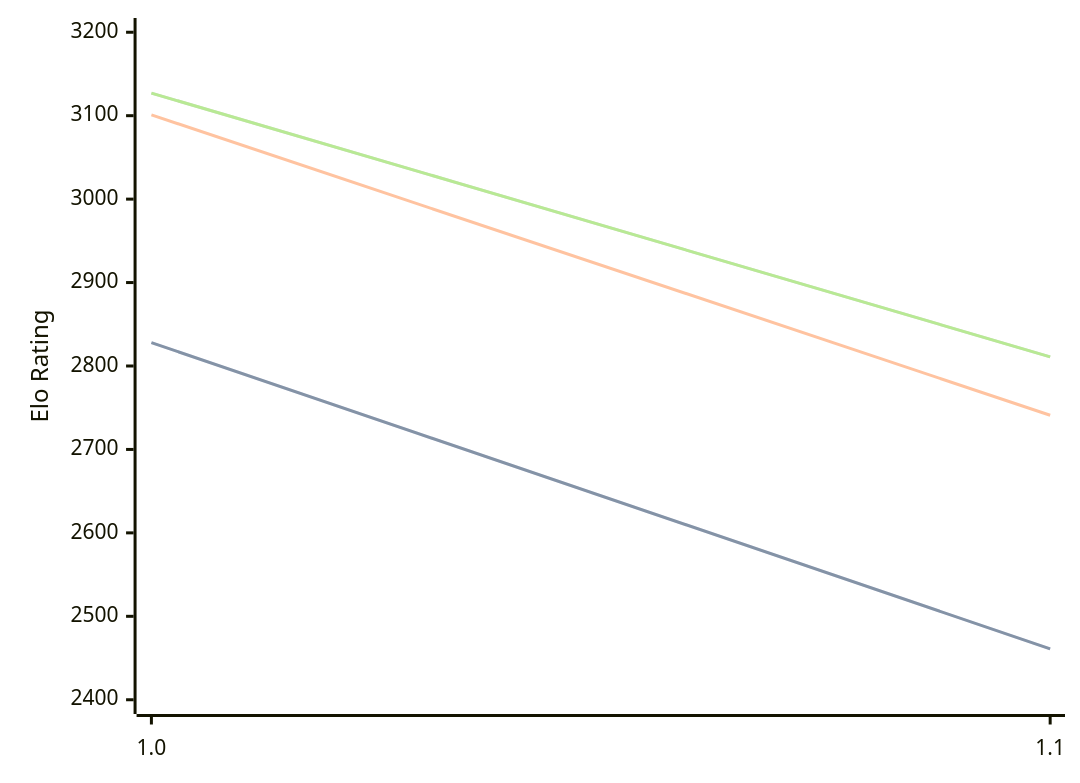
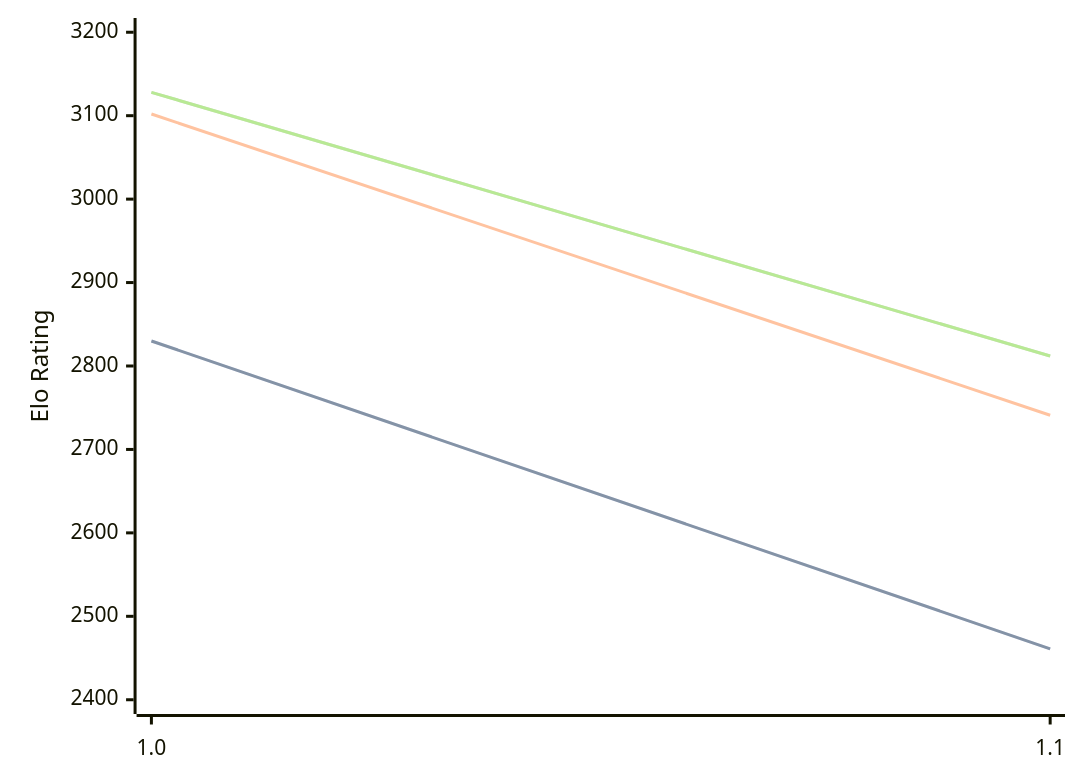
One commit to computer-chess-index/cci changed the diagram in engines/Publius.md. Above: the diagram before and after it, drawn with Mermaid. The commit also changed other lines of this file, not shown here.

Commit message:
Update CCI Ratings (ELO VLTC) - 2026-08-19

````diff
--- a/engines/Publius.md
+++ b/engines/Publius.md
@@ -32,11 +32,11 @@
 ```mermaid
 %%{init: {"theme":"base","themeVariables":{"seriesColors:['#a3a3a3','#222221','#faa371']}}}%%
 xychart-beta
   x-axis ["1.0", "1.1"]
   y-axis "Elo Rating" 2400 --> 3200
-  line "STC (8.0+0.08s)" [2828, 2461]
-  line "STC (8.0+0.08s)" [2828, 2461]
-  line "LTC (60.0+0.60s)" [3101, 2741]
-  line "VLTC (2m24s+1.12s)" [3127, 2811]
-  line "VLTC (2m24s+1.12s)" [3127, 2811]
+  line "STC (8.0+0.08s)" [2830, 2461]
+  line "STC (8.0+0.08s)" [2830, 2461]
+  line "LTC (60.0+0.60s)" [3102, 2741]
+  line "VLTC (2m24s+1.12s)" [3128, 2812]
+  line "VLTC (2m24s+1.12s)" [3128, 2812]
 ```
````
